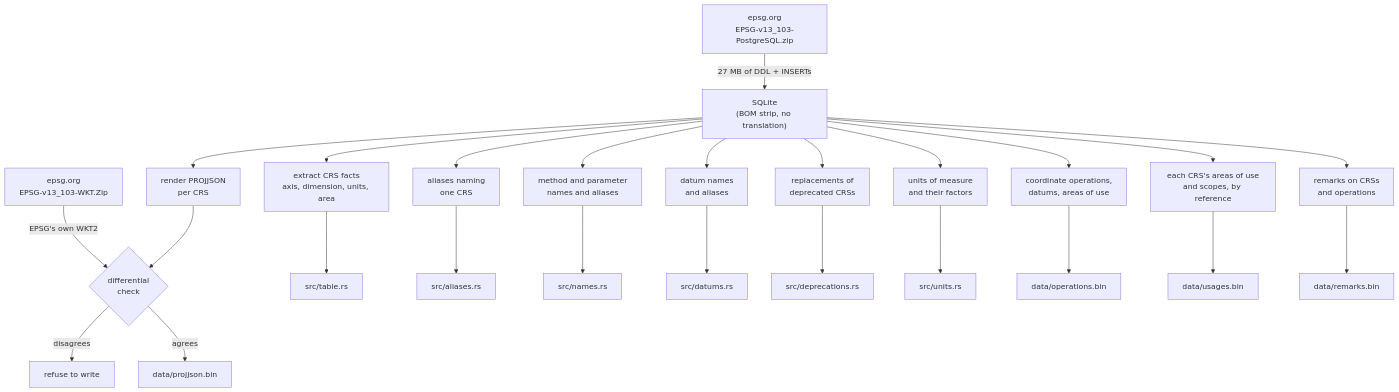
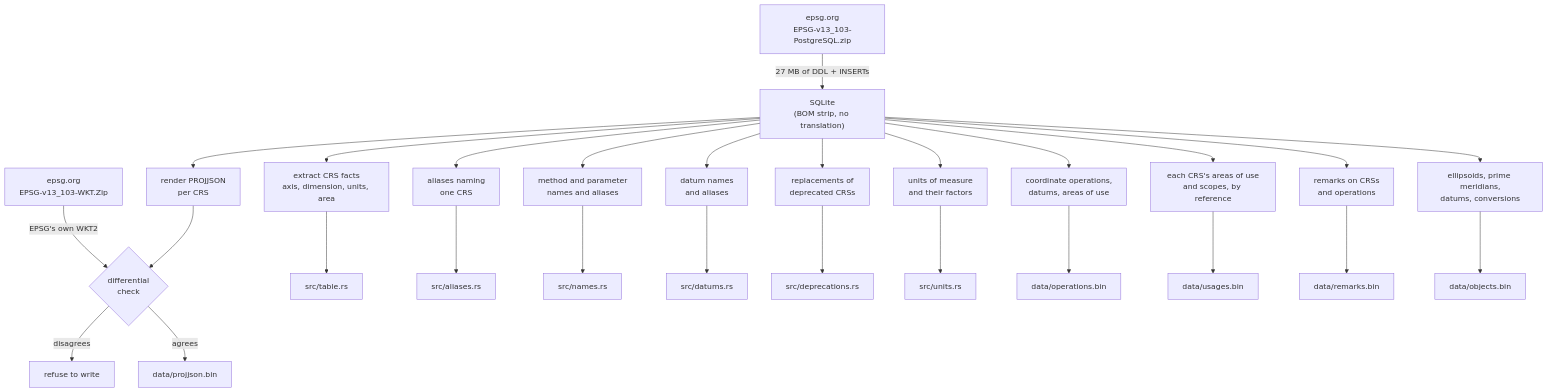
One commit to ttomasz/xeibe changed the diagram in crates/xeibe-crs/README.md. Above: the diagram before and after it, drawn with Mermaid. The commit also changed other lines of this file and 13 other files, not shown here.

First line of the commit message:
xeibe-crs 0.4.2: EPSG's ellipsoids, prime meridians, datums and conversions

````diff
--- a/crates/xeibe-crs/README.md
+++ b/crates/xeibe-crs/README.md
@@ -31,19 +33,20 @@
 ```mermaid
 flowchart TD
     A["epsg.org<br/>EPSG-v13_103-PostgreSQL.zip"] -->|"27 MB of DDL + INSERTs"| B["SQLite<br/>(BOM strip, no translation)"]
     B --> C["render PROJJSON<br/>per CRS"]
     B --> D["extract CRS facts<br/>axis, dimension, units, area"]
     E["epsg.org<br/>EPSG-v13_103-WKT.Zip"] -->|"EPSG's own WKT2"| F{"differential<br/>check"}
     C --> F
     F -->|"disagrees"| G["refuse to write"]
     F -->|"agrees"| H["data/projjson.bin"]
     D --> I["src/table.rs"]
     B --> J["aliases naming<br/>one CRS"] --> K["src/aliases.rs"]
     B --> R["method and parameter<br/>names and aliases"] --> S["src/names.rs"]
     B --> T["datum names<br/>and aliases"] --> U["src/datums.rs"]
     B --> V["replacements of<br/>deprecated CRSs"] --> W["src/deprecations.rs"]
     B --> X["units of measure<br/>and their factors"] --> Y["src/units.rs"]
     B --> L["coordinate operations,<br/>datums, areas of use"] --> M["data/operations.bin"]
     B --> N["each CRS's areas of use<br/>and scopes, by reference"] --> O["data/usages.bin"]
     B --> P["remarks on CRSs<br/>and operations"] --> Q["data/remarks.bin"]
+    B --> Z["ellipsoids, prime meridians,<br/>datums, conversions"] --> AA["data/objects.bin"]
 ```
````
